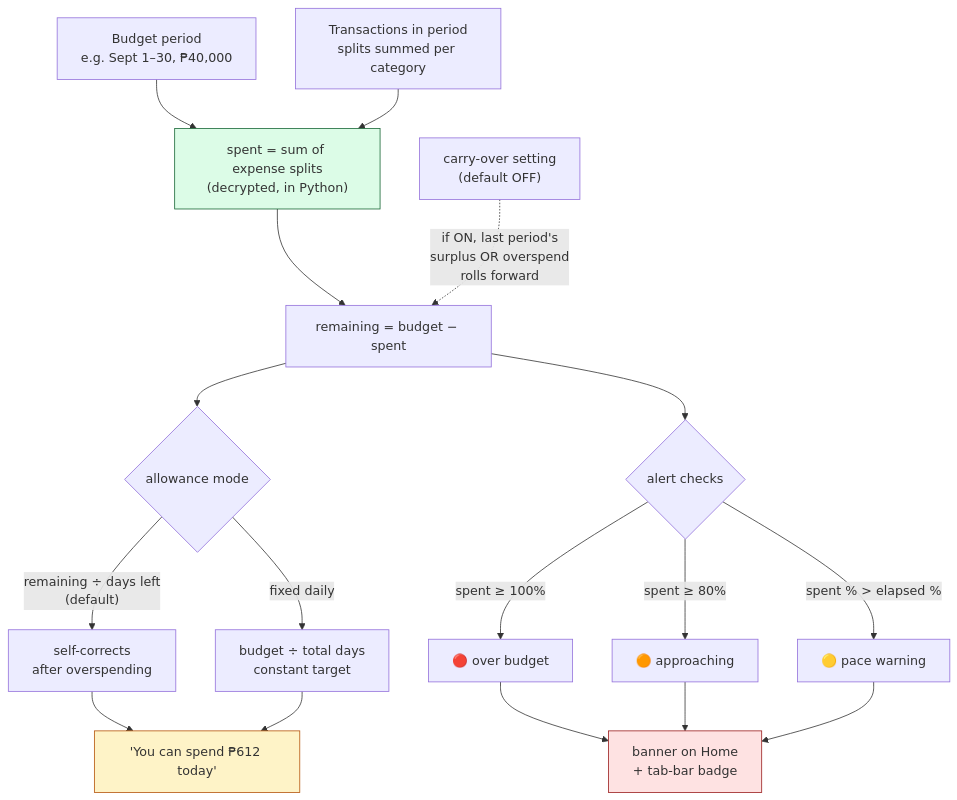
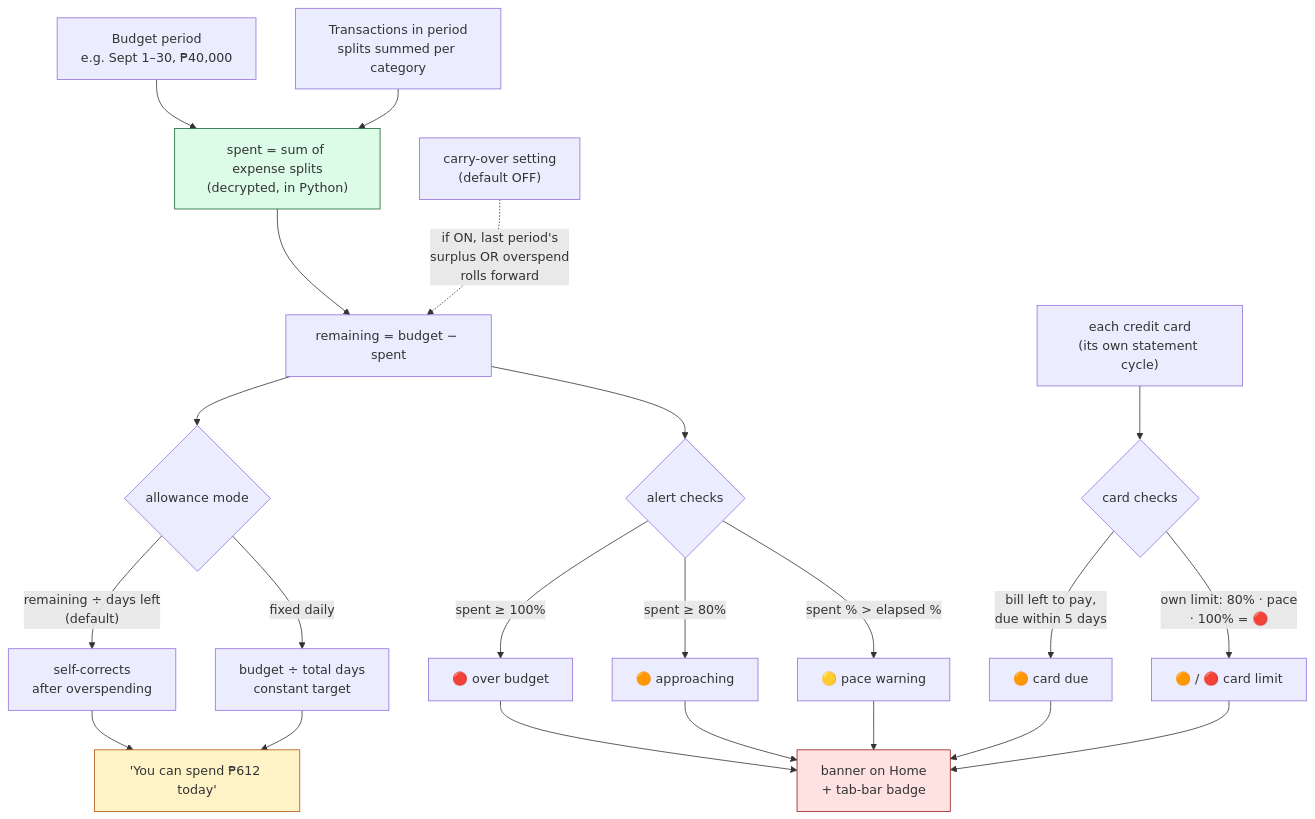
One commit to zakura1x/Budget-App changed the seventh of 12 diagrams in misc/ARCHITECTURE_OVERVIEW.md. Above: the diagram before and after it, drawn with Mermaid. The commit also changed other lines of this file and 41 other files, not shown here.

First line of the commit message:
Phase 5b: card bills, statement check and balance adjustments

````diff
--- a/misc/ARCHITECTURE_OVERVIEW.md
+++ b/misc/ARCHITECTURE_OVERVIEW.md
@@ -297,28 +297,34 @@
 ```mermaid
 graph TD
     S["Budget period<br/>e.g. Sept 1–30, ₱40,000"] --> C1
     T["Transactions in period<br/>splits summed per category"] --> C1
     C1["spent = sum of expense splits<br/>(decrypted, in Python)"] --> C2
     C2["remaining = budget − spent"] --> C3
     C3{"allowance mode"}
 
     C3 -->|"remaining ÷ days left<br/>(default)"| D1["self-corrects<br/>after overspending"]
     C3 -->|"fixed daily"| D2["budget ÷ total days<br/>constant target"]
 
     D1 --> OUT["'You can spend ₱612 today'"]
     D2 --> OUT
 
     CO["carry-over setting<br/>(default OFF)"] -.->|"if ON, last period's<br/>surplus OR overspend<br/>rolls forward"| C2
 
     C2 --> AL{"alert checks"}
     AL -->|"spent ≥ 100%"| A1["🔴 over budget"]
     AL -->|"spent ≥ 80%"| A2["🟠 approaching"]
     AL -->|"spent % > elapsed %"| A3["🟡 pace warning"]
     A1 --> BAN["banner on Home<br/>+ tab-bar badge"]
     A2 --> BAN
     A3 --> BAN
 
+    CRD["each credit card<br/>(its own statement cycle)"] --> CK{"card checks"}
+    CK -->|"bill left to pay,<br/>due within 5 days"| A4["🟠 card due"]
+    CK -->|"own limit: 80% · pace<br/>· 100% = 🔴"| A5["🟠 / 🔴 card limit"]
+    A4 --> BAN
+    A5 --> BAN
+
     style C1 fill:#dcfce7,stroke:#166534
     style OUT fill:#fef3c7,stroke:#b45309
     style BAN fill:#fee2e2,stroke:#991b1b
 ```
````
